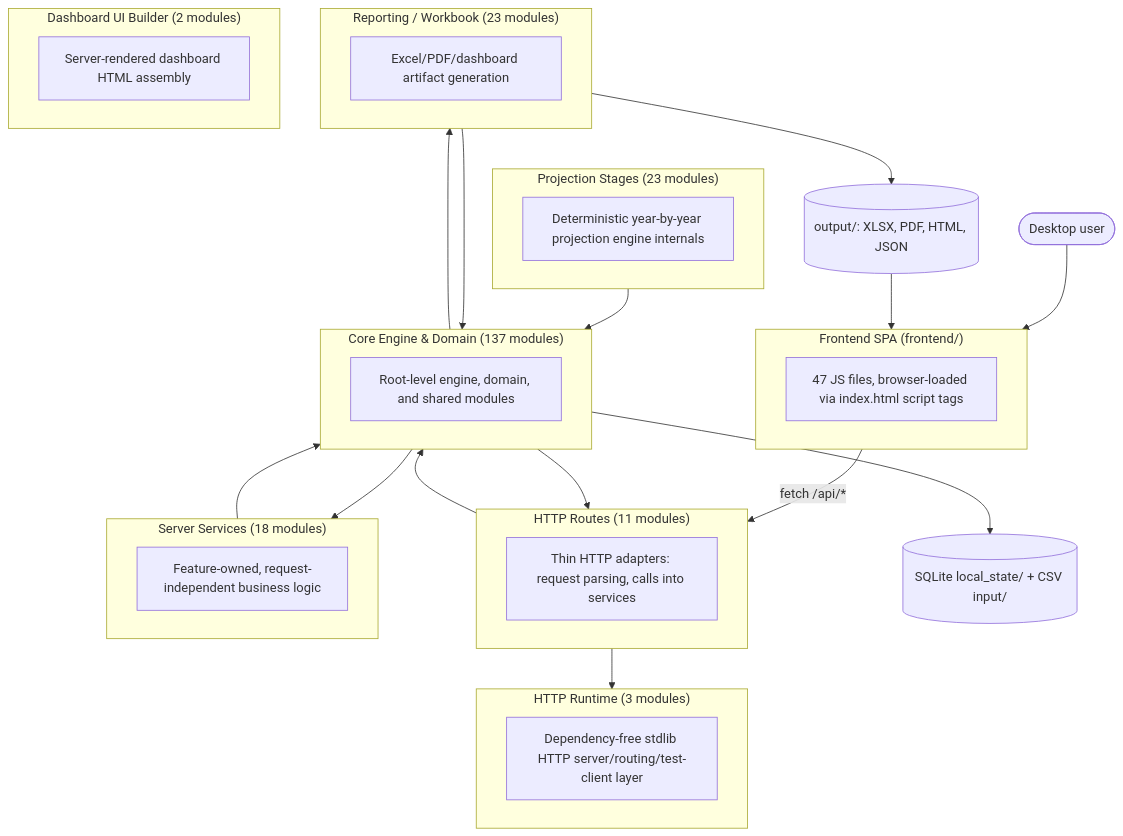
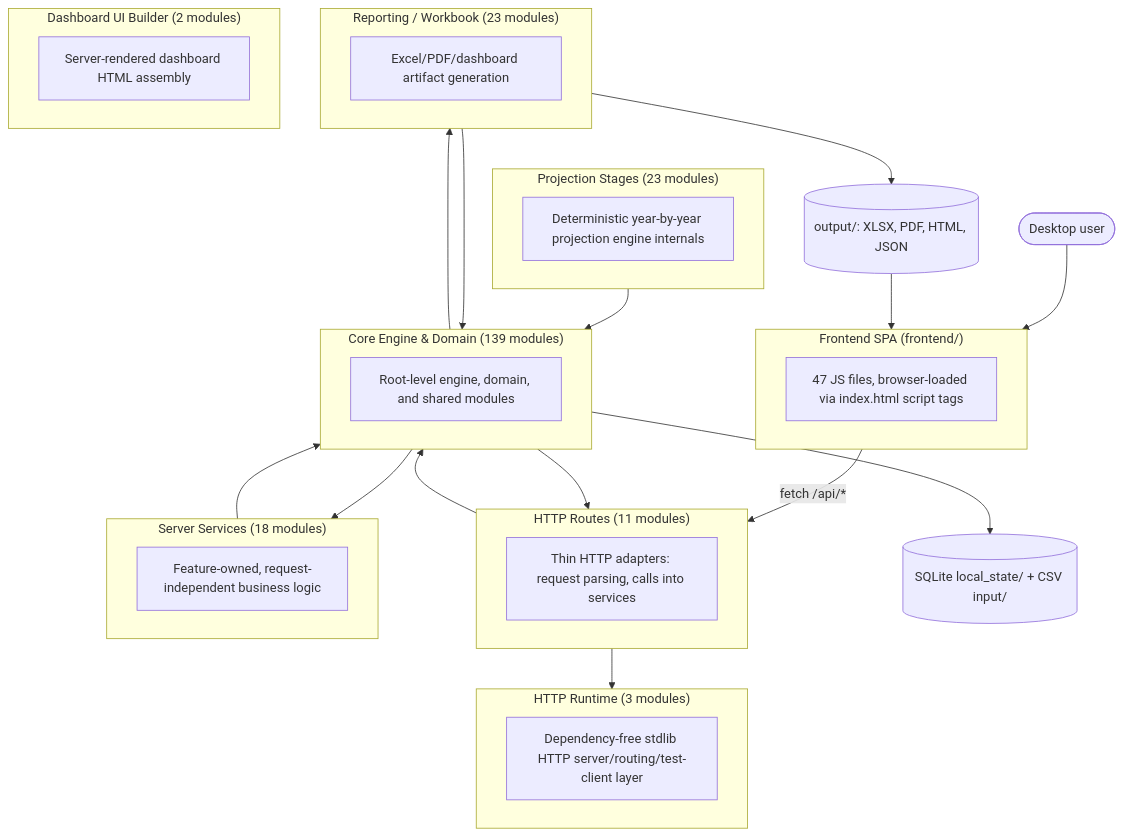
One commit to matthartzman/retirement_system changed the first of 2 diagrams in documentation/reference/SYSTEM_ARCHITECTURE_DIAGRAM.md. Above: the diagram before and after it, drawn with Mermaid. The commit also changed other lines of this file and 3 other files, not shown here.

````diff
--- a/documentation/reference/SYSTEM_ARCHITECTURE_DIAGRAM.md
+++ b/documentation/reference/SYSTEM_ARCHITECTURE_DIAGRAM.md
@@ -11,40 +11,40 @@
 ```mermaid
 flowchart TB
     User(["Desktop user"]) --> FE
     subgraph FE["Frontend SPA (frontend/)"]
         FEcount["47 JS files, browser-loaded via index.html script tags"]
     end
     FE -->|fetch /api/*| L_HTTP_Routes
     subgraph L_HTTP_Routes["HTTP Routes (11 modules)"]
         L_HTTP_Routes_d["Thin HTTP adapters: request parsing, calls into services"]
     end
     subgraph L_Server_Services["Server Services (18 modules)"]
         L_Server_Services_d["Feature-owned, request-independent business logic"]
     end
     subgraph L_HTTP_Runtime["HTTP Runtime (3 modules)"]
         L_HTTP_Runtime_d["Dependency-free stdlib HTTP server/routing/test-client layer"]
     end
-    subgraph L_Core_Engine___Domain["Core Engine & Domain (137 modules)"]
+    subgraph L_Core_Engine___Domain["Core Engine & Domain (139 modules)"]
         L_Core_Engine___Domain_d["Root-level engine, domain, and shared modules"]
     end
     subgraph L_Projection_Stages["Projection Stages (23 modules)"]
         L_Projection_Stages_d["Deterministic year-by-year projection engine internals"]
     end
     subgraph L_Reporting___Workbook["Reporting / Workbook (23 modules)"]
         L_Reporting___Workbook_d["Excel/PDF/dashboard artifact generation"]
     end
     subgraph L_Dashboard_UI_Builder["Dashboard UI Builder (2 modules)"]
         L_Dashboard_UI_Builder_d["Server-rendered dashboard HTML assembly"]
     end
     L_Core_Engine___Domain --> L_HTTP_Routes
     L_Core_Engine___Domain --> L_Reporting___Workbook
     L_Core_Engine___Domain --> L_Server_Services
     L_HTTP_Routes --> L_Core_Engine___Domain
     L_HTTP_Routes --> L_HTTP_Runtime
     L_Projection_Stages --> L_Core_Engine___Domain
     L_Reporting___Workbook --> L_Core_Engine___Domain
     L_Server_Services --> L_Core_Engine___Domain
     L_Core_Engine___Domain --> DB[("SQLite local_state/ + CSV input/")]
     L_Reporting___Workbook --> Outputs[("output/: XLSX, PDF, HTML, JSON")]
     Outputs --> FE
 ```
````
